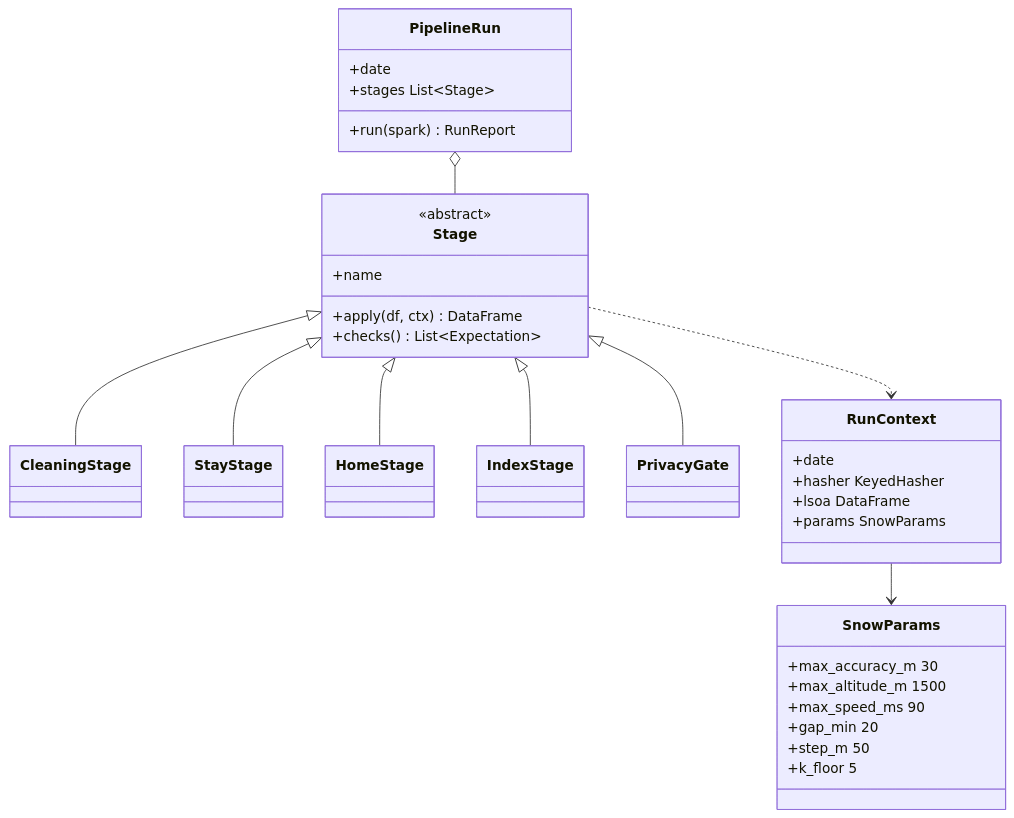
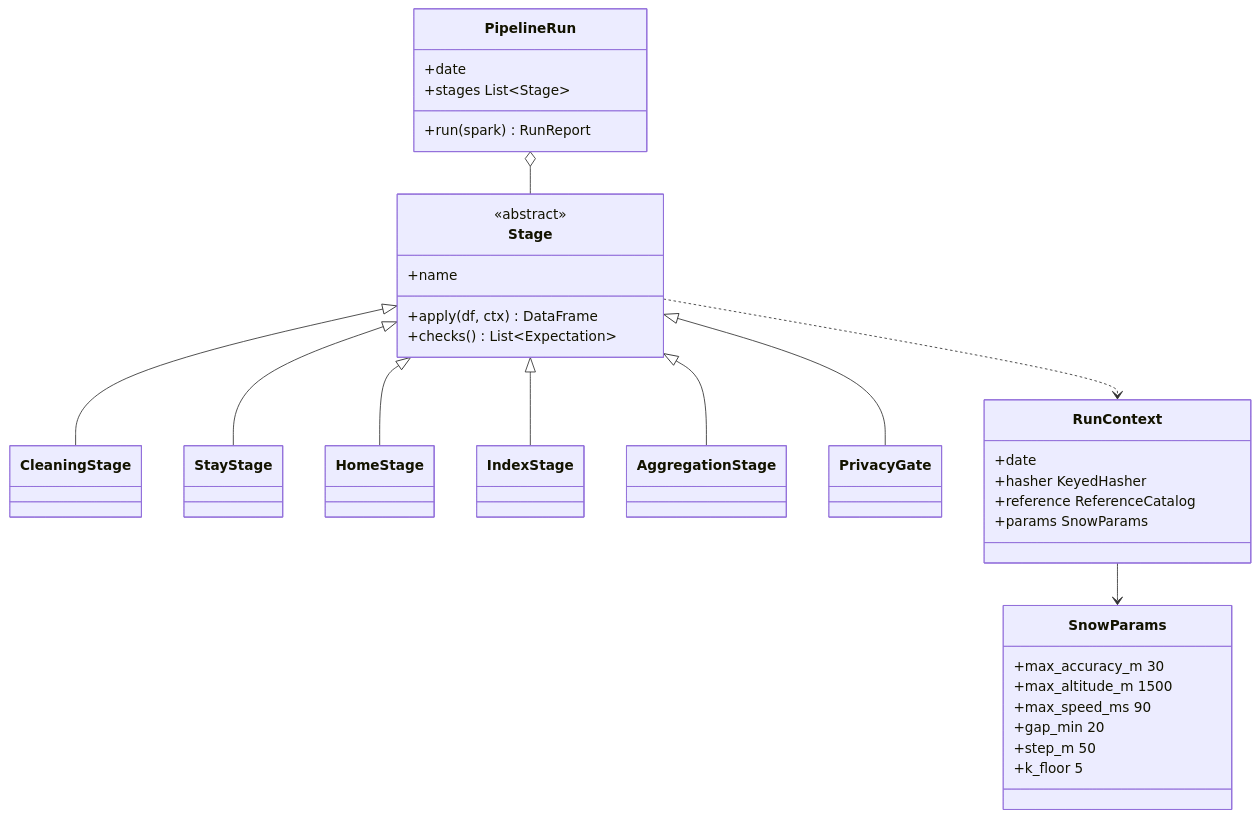
The second of 2 diagrams in content/snow/orion/dataproc.md (N0TSU5/4space-sysdiagram), drawn with Mermaid before and after one commit. The commit also changed other lines of this file and 9 other files, not shown here.

Commit message:
Update documentation and add new reference data for demographic and indexed presence tables

````diff
--- a/content/snow/orion/dataproc.md
+++ b/content/snow/orion/dataproc.md
@@ -44,41 +47,43 @@
 ```mermaid
 classDiagram
   class PipelineRun {
     +date
     +stages List~Stage~
     +run(spark) RunReport
   }
   class Stage {
     <<abstract>>
     +name
     +apply(df, ctx) DataFrame
     +checks() List~Expectation~
   }
   class CleaningStage
   class StayStage
   class HomeStage
   class IndexStage
+  class AggregationStage
   class PrivacyGate
   class RunContext {
     +date
     +hasher KeyedHasher
-    +lsoa DataFrame
+    +reference ReferenceCatalog
     +params SnowParams
   }
   class SnowParams {
     +max_accuracy_m 30
     +max_altitude_m 1500
     +max_speed_ms 90
     +gap_min 20
     +step_m 50
     +k_floor 5
   }
   PipelineRun o-- Stage
   Stage <|-- CleaningStage
   Stage <|-- StayStage
   Stage <|-- HomeStage
   Stage <|-- IndexStage
+  Stage <|-- AggregationStage
   Stage <|-- PrivacyGate
   Stage ..> RunContext
   RunContext --> SnowParams
 ```
````
